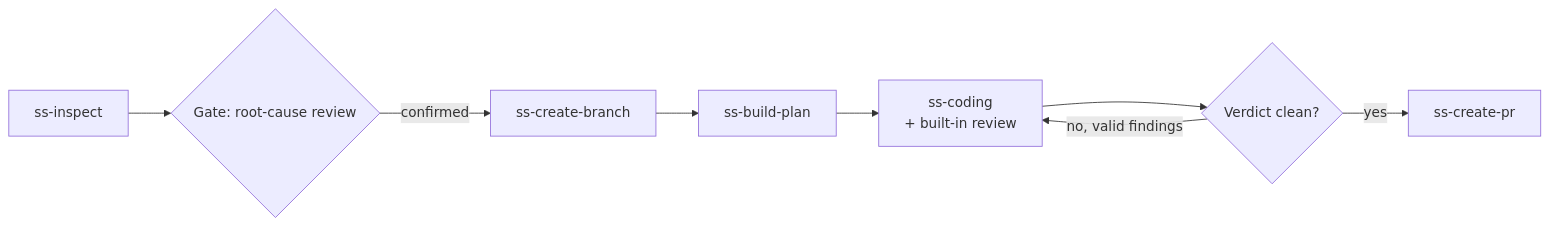
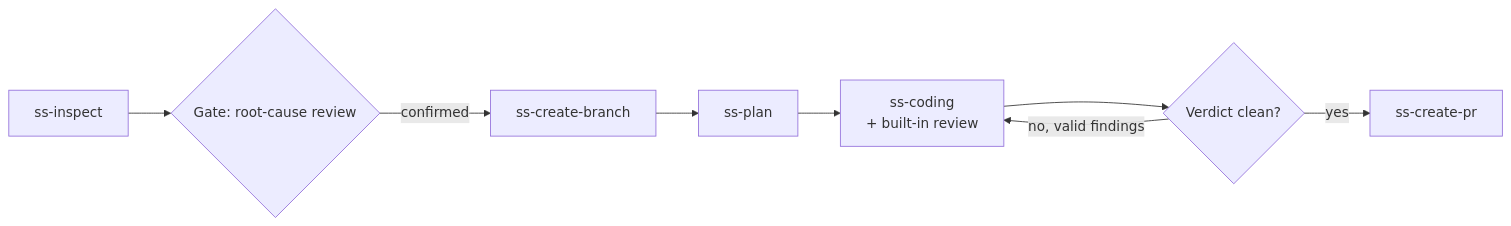
Before and after one commit to lbk-open/super-spec: the second of 3 diagrams in docs/workflows.md, drawn with Mermaid. The commit also changed other lines of this file and 16 other files, not shown here.

Commit message:
refactor: rename ss-build-plan to ss-plan

````diff
--- a/docs/workflows.md
+++ b/docs/workflows.md
@@ -52,10 +52,10 @@
 ```mermaid
 flowchart LR
     A[ss-inspect] --> G{Gate: root-cause review}
     G -->|confirmed| B[ss-create-branch]
-    B --> C[ss-build-plan]
+    B --> C[ss-plan]
     C --> D[ss-coding<br/>+ built-in review]
     D --> E{Verdict clean?}
     E -->|no, valid findings| D
     E -->|yes| F[ss-create-pr]
 ```
````
